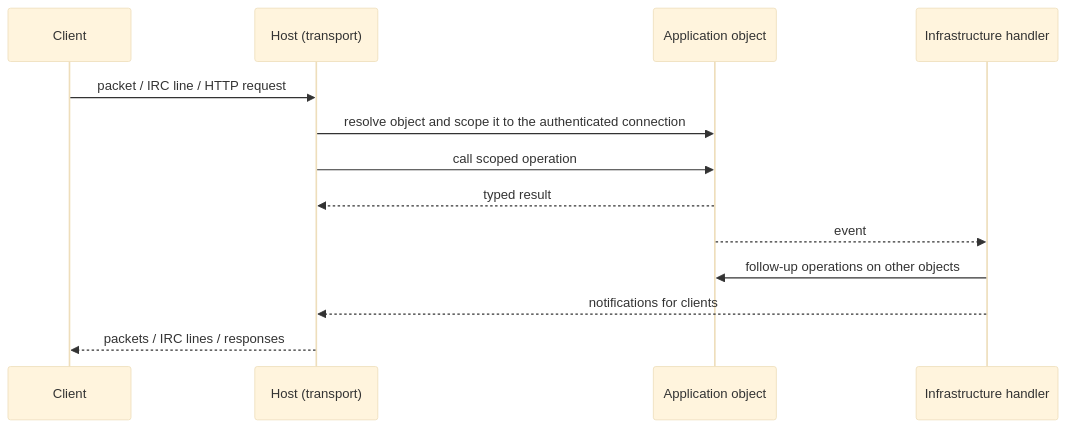
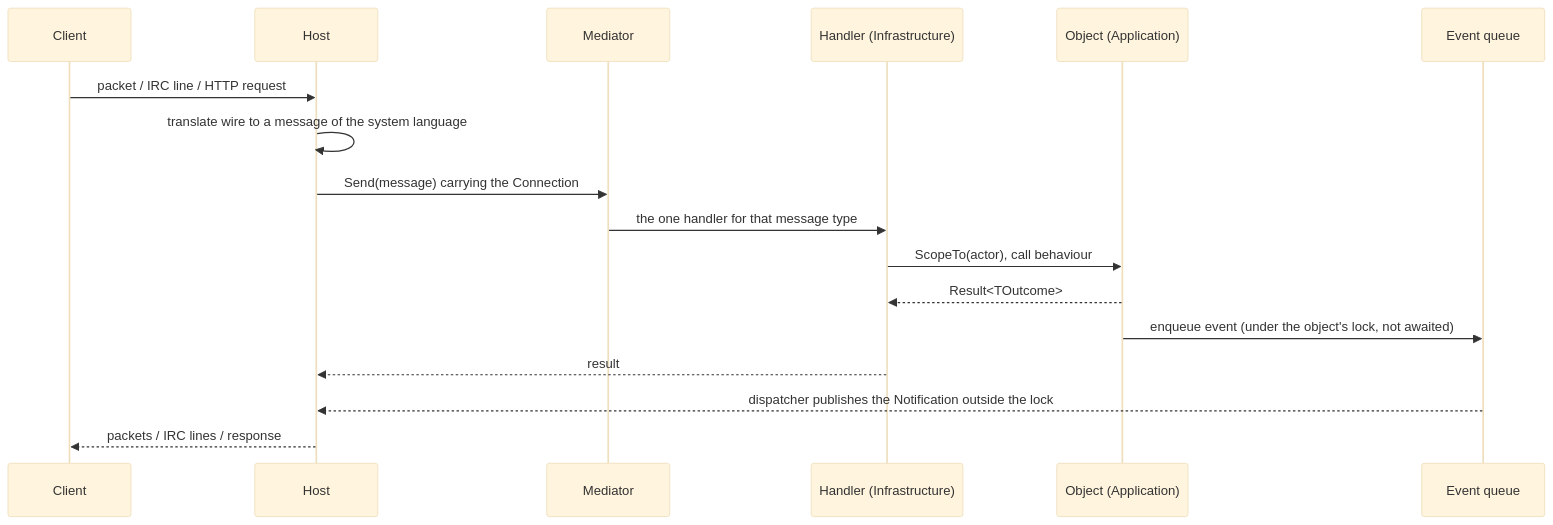
The diagram in docs/for-developers/architecture.md (thnhmai06/osuBasil), drawn with Mermaid (base theme) before and after one commit. The commit also changed other lines of this file and 8 other files, not shown here.

First line of the commit message:
docs: describe the modular-monolith target architecture

````diff
--- a/docs/for-developers/architecture.md
+++ b/docs/for-developers/architecture.md
@@ -162,15 +109,19 @@
 ```mermaid
 sequenceDiagram
     participant C as Client
-    participant H as Host (transport)
-    participant A as Application object
-    participant I as Infrastructure handler
+    participant H as Host
+    participant M as Mediator
+    participant X as Handler (Infrastructure)
+    participant O as Object (Application)
+    participant Q as Event queue
     C->>H: packet / IRC line / HTTP request
-    H->>A: resolve object and scope it to the authenticated connection
-    H->>A: call scoped operation
-    A-->>H: typed result
-    A-->>I: event
-    I->>A: follow-up operations on other objects
-    I-->>H: notifications for clients
-    H-->>C: packets / IRC lines / responses
+    H->>H: translate wire to a message of the system language
+    H->>M: Send(message) carrying the Connection
+    M->>X: the one handler for that message type
+    X->>O: ScopeTo(actor), call behaviour
+    O-->>X: Result<TOutcome>
+    O->>Q: enqueue event (under the object's lock, not awaited)
+    X-->>H: result
+    Q-->>H: dispatcher publishes the Notification outside the lock
+    H-->>C: packets / IRC lines / response
 ```
````
